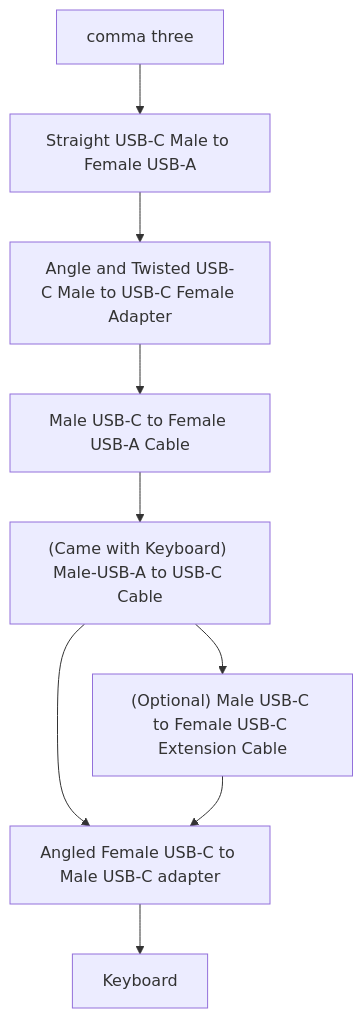
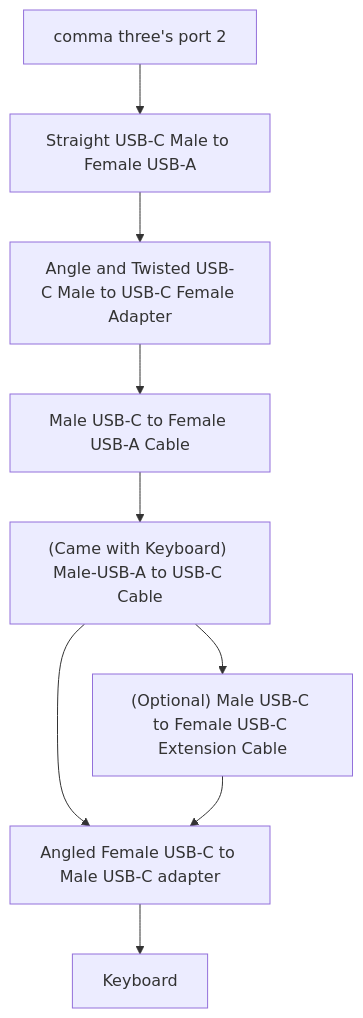
One commit to nelsonjchen/c3-faux-touch-keyboard changed the diagram in README.md. Above: the diagram before and after it, drawn with Mermaid.

Commit message:
Update README.md with more descriptive port name in installation diagram

````diff
--- a/README.md
+++ b/README.md
@@ -204,13 +204,13 @@
 ```mermaid
 graph TD
-    A[comma three] --> B
+    A[comma three's port 2] --> B
     B[Straight USB-C Male to Female USB-A] --> C
     C[Angle and Twisted USB-C Male to USB-C Female Adapter] --> D
     D[Male USB-C to Female USB-A Cable] --> E
     E["(Came with Keyboard) Male-USB-A to USB-C Cable"] --> F
     F[Angled Female USB-C to Male USB-C adapter] --> G
     E --> H
     H["(Optional) Male USB-C to Female USB-C Extension Cable"] --> F
     G[Keyboard]
 
 ```
````
